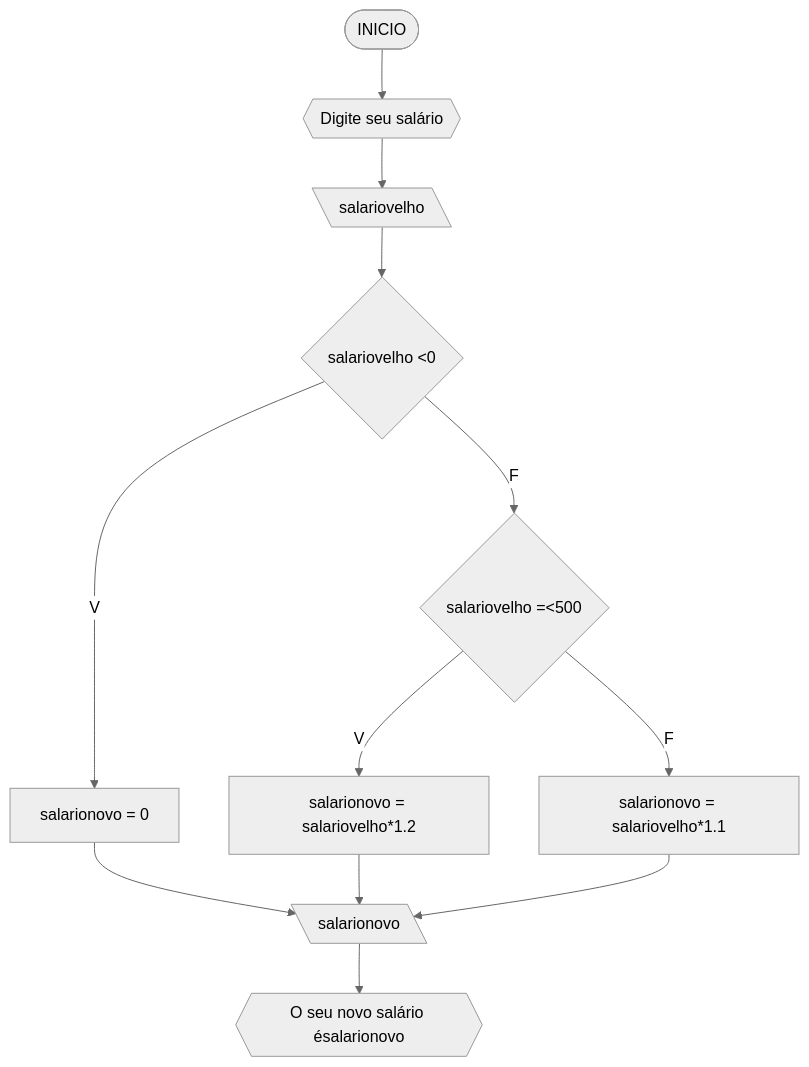
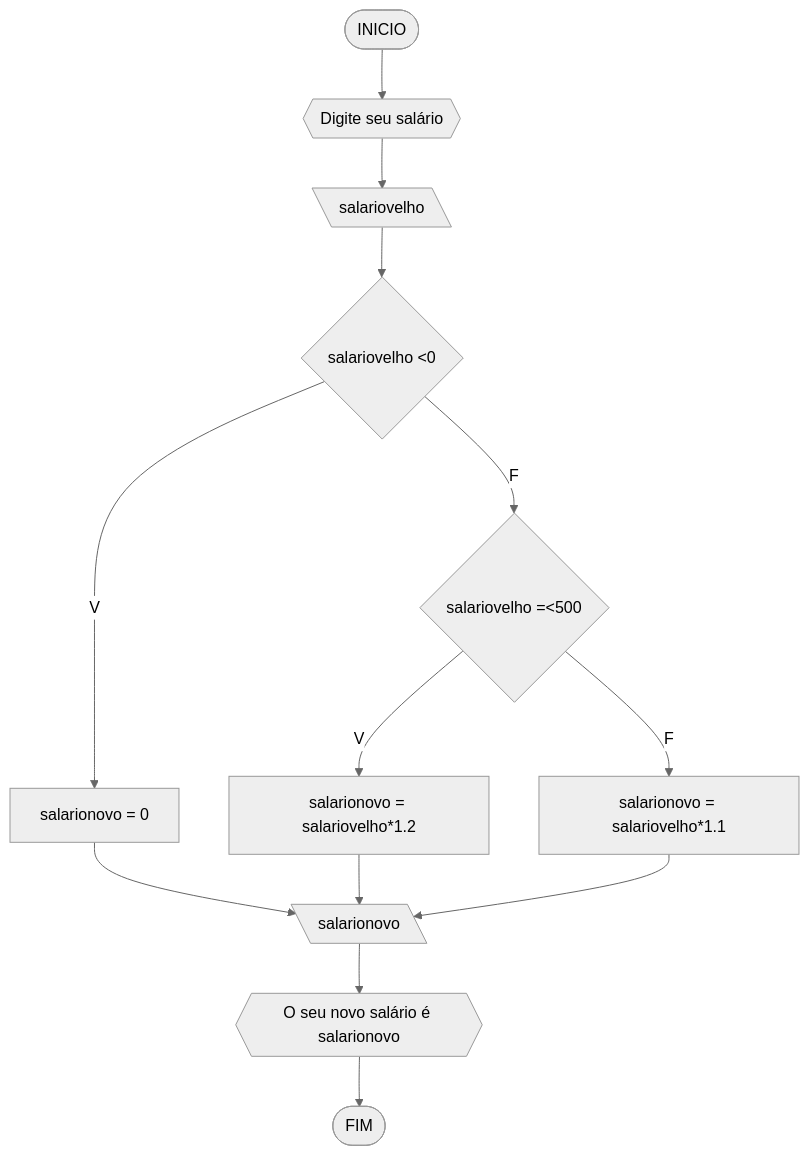
The second of 4 diagrams in codigos.md (MozillaFirefox/UNIFOR), drawn with Mermaid (neutral theme) before and after one commit. The commit also changed other lines of this file, not shown here.

````diff
--- a/codigos.md
+++ b/codigos.md
@@ -61,15 +61,16 @@
 ```mermaid
 flowchart TD
 A([INICIO]) --> B{{Digite seu salário}}
 B --> C[\salariovelho\]
 C --> D{salariovelho <0}
 D --V--> E[salarionovo = 0]
 D--F--> F{salariovelho =<500}
 F--V-->G[salarionovo = salariovelho*1.2]
 F--F-->H[salarionovo = salariovelho*1.1]
 E-->J[\salarionovo\]
 G-->J
 H-->J
-J-->K{{"O seu novo salário é"salarionovo}} 
+J-->K{{"O seu novo salário é "salarionovo}}
+K-->L([FIM])
 
 ```
````
